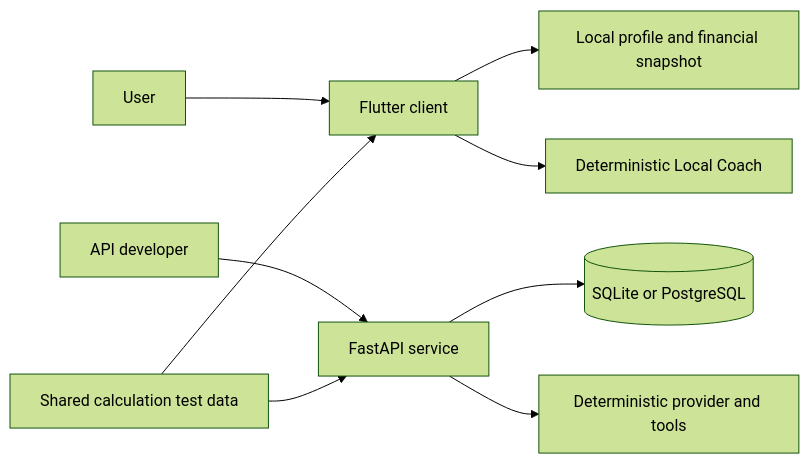
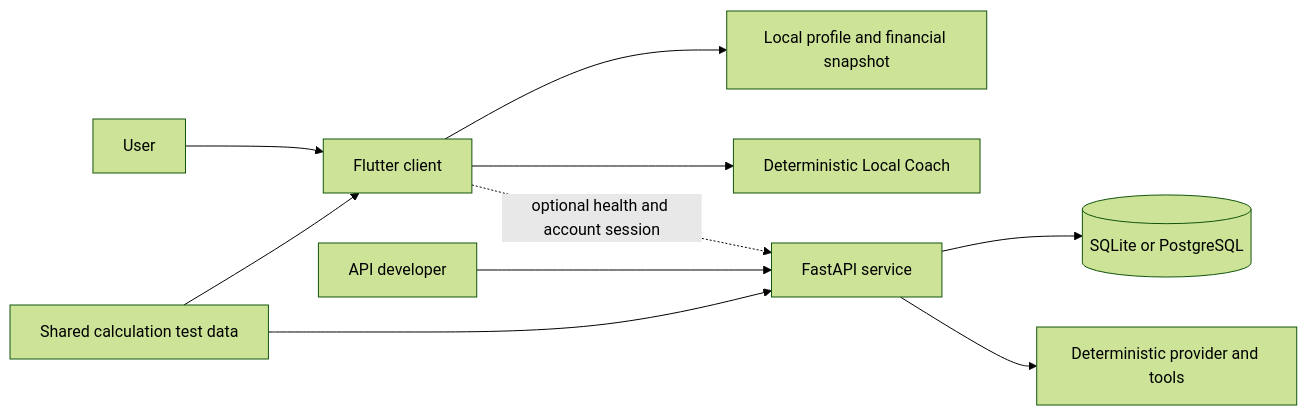
One commit to elieh999/MoneyPilot changed the diagram in docs/ARCHITECTURE.md. Above: the diagram before and after it, drawn with Mermaid (forest theme). The commit also changed other lines of this file and 4 other files, not shown here.

````diff
--- a/docs/ARCHITECTURE.md
+++ b/docs/ARCHITECTURE.md
@@ -7,13 +7,14 @@
 ```mermaid
 flowchart LR
     U["User"] --> F["Flutter client"]
     F --> L["Local profile and financial snapshot"]
     F --> C["Deterministic Local Coach"]
+    F -. "optional health and account session" .-> A
 
     D["API developer"] --> A["FastAPI service"]
     A --> S[("SQLite or PostgreSQL")]
     A --> P["Deterministic provider and tools"]
 
     V["Shared calculation test data"] --> F
     V --> A
 ```
````
